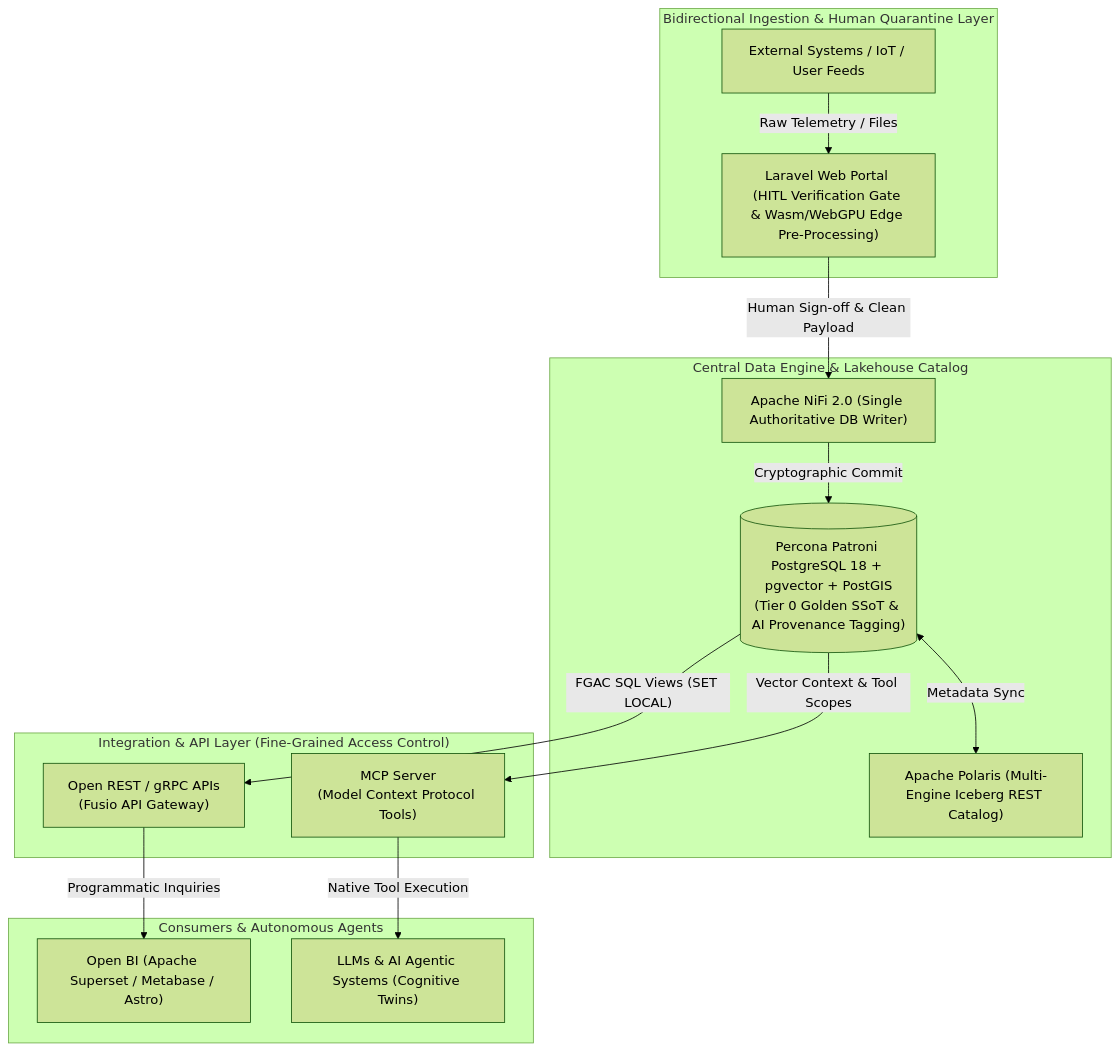
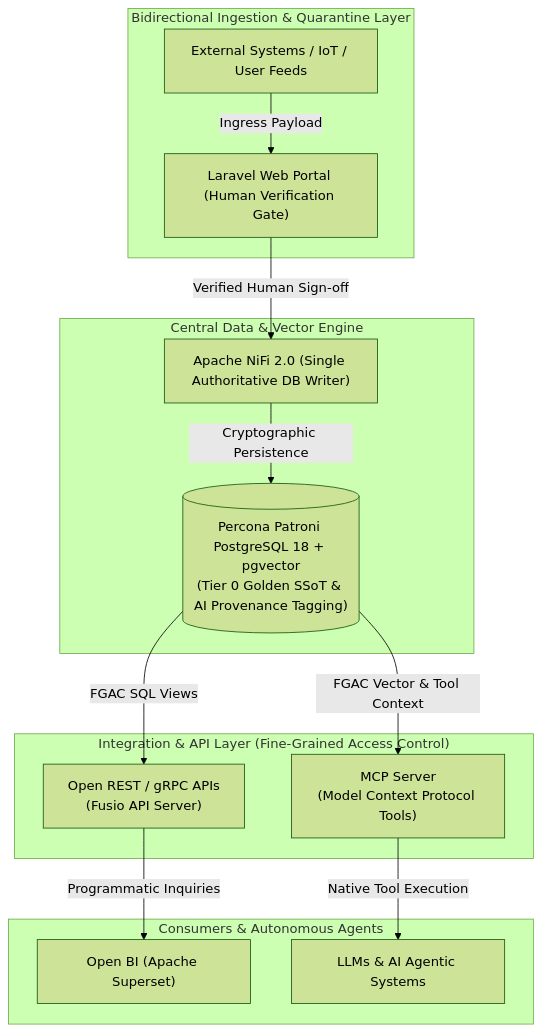
Before and after one commit to linuxmalaysia/bda-ai-infra: the diagram in docs/IT-MANAGEMENT-PROPOSAL.md, drawn with Mermaid (forest theme). The commit also changed other lines of this file and 5 other files, not shown here.

````diff
--- a/docs/IT-MANAGEMENT-PROPOSAL.md
+++ b/docs/IT-MANAGEMENT-PROPOSAL.md
@@ -155,32 +112,30 @@
 ```mermaid
 flowchart TD
-    subgraph Ingestion ["Bidirectional Ingestion & Human Quarantine Layer"]
+    subgraph Ingestion ["Bidirectional Ingestion & Quarantine Layer"]
         Ext["External Systems / IoT / User Feeds"]
-        Laravel["Laravel Web Portal (HITL Verification Gate & Wasm/WebGPU Edge Pre-Processing)"]
+        Laravel["Laravel Web Portal (Human Verification Gate)"]
     end
 
-    subgraph Core ["Central Data Engine & Lakehouse Catalog"]
+    subgraph Core ["Central Data & Vector Engine"]
         NiFi["Apache NiFi 2.0 (Single Authoritative DB Writer)"]
-        Postgres[("Percona Patroni PostgreSQL 18 + pgvector + PostGIS\n(Tier 0 Golden SSoT & AI Provenance Tagging)")]
-        Polaris["Apache Polaris (Multi-Engine Iceberg REST Catalog)"]
+        Postgres[("Percona Patroni PostgreSQL 18 + pgvector\n(Tier 0 Golden SSoT & AI Provenance Tagging)")]
     end
 
     subgraph Integration ["Integration & API Layer (Fine-Grained Access Control)"]
-        REST["Open REST / gRPC APIs\n(Fusio API Gateway)"]
+        REST["Open REST / gRPC APIs\n(Fusio API Server)"]
         MCP["MCP Server\n(Model Context Protocol Tools)"]
     end
 
     subgraph Consumers ["Consumers & Autonomous Agents"]
-        BI["Open BI (Apache Superset / Metabase / Astro)"]
-        AI["LLMs & AI Agentic Systems (Cognitive Twins)"]
+        BI["Open BI (Apache Superset)"]
+        AI["LLMs & AI Agentic Systems"]
     end
 
-    Ext -->|"Raw Telemetry / Files"| Laravel
-    Laravel -->|"Human Sign-off & Clean Payload"| NiFi
-    NiFi -->|"Cryptographic Commit"| Postgres
-    Postgres <-->|"Metadata Sync"| Polaris
-    Postgres -->|"FGAC SQL Views (SET LOCAL)"| REST
-    Postgres -->|"Vector Context & Tool Scopes"| MCP
+    Ext -->|"Ingress Payload"| Laravel
+    Laravel -->|"Verified Human Sign-off"| NiFi
+    NiFi -->|"Cryptographic Persistence"| Postgres
+    Postgres -->|"FGAC SQL Views"| REST
+    Postgres -->|"FGAC Vector & Tool Context"| MCP
     REST -->|"Programmatic Inquiries"| BI
     MCP -->|"Native Tool Execution"| AI
 ```
````
